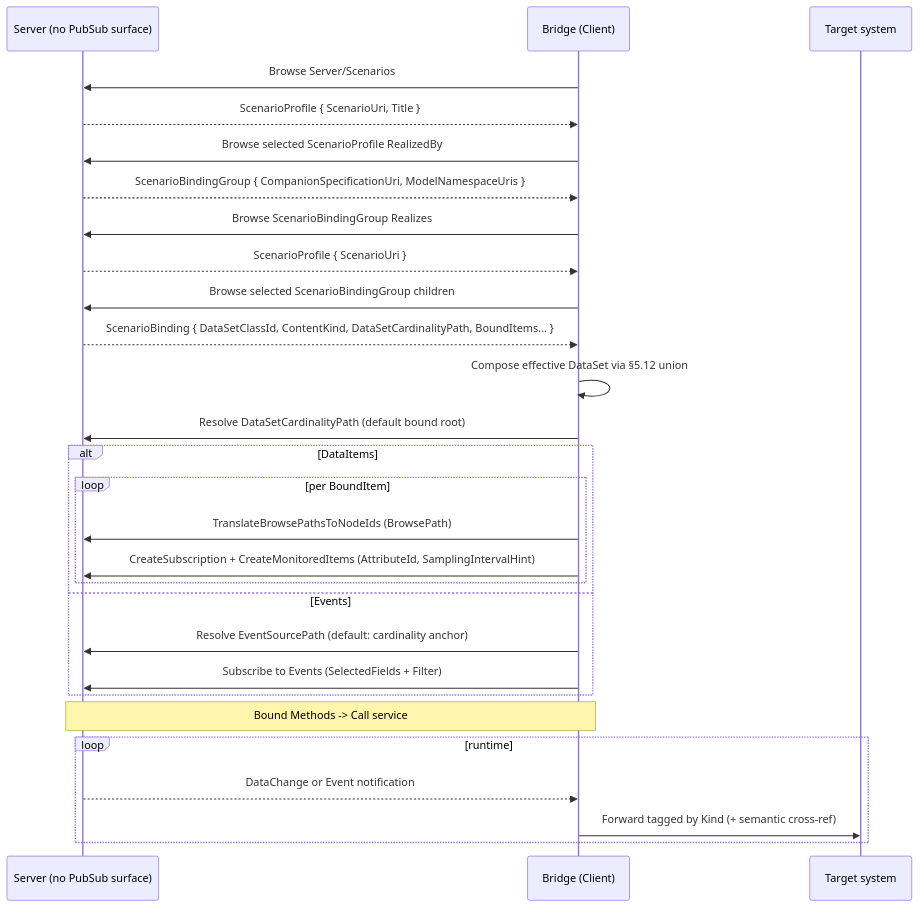
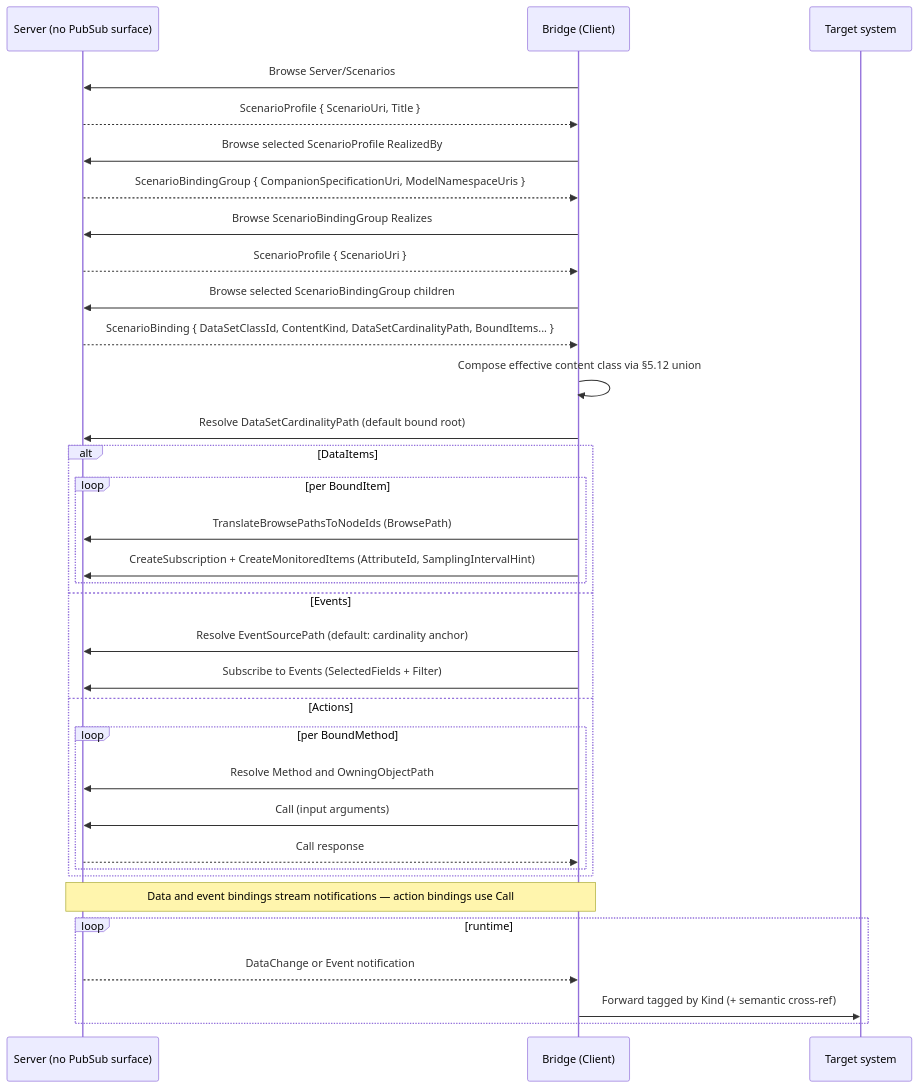
Before and after one commit to marcschier/opcua-drafts: the fifth of 7 diagrams in core-specs/scenario-binding/OPC-UA-Scenario-Bindings.md, drawn with Mermaid. The commit also changed other lines of this file and 25 other files, not shown here.

````diff
--- a/core-specs/scenario-binding/OPC-UA-Scenario-Bindings.md
+++ b/core-specs/scenario-binding/OPC-UA-Scenario-Bindings.md
@@ -543,30 +548,36 @@
 ```mermaid
 sequenceDiagram
   participant S as Server (no PubSub surface)
   participant B as Bridge (Client)
   participant X as Target system
   B->>S: Browse Server/Scenarios
   S-->>B: ScenarioProfile { ScenarioUri, Title }
   B->>S: Browse selected ScenarioProfile RealizedBy
   S-->>B: ScenarioBindingGroup { CompanionSpecificationUri, ModelNamespaceUris }
   B->>S: Browse ScenarioBindingGroup Realizes
   S-->>B: ScenarioProfile { ScenarioUri }
   B->>S: Browse selected ScenarioBindingGroup children
   S-->>B: ScenarioBinding { DataSetClassId, ContentKind, DataSetCardinalityPath, BoundItems... }
-  B->>B: Compose effective DataSet via §5.12 union
+  B->>B: Compose effective content class via §5.12 union
   B->>S: Resolve DataSetCardinalityPath (default bound root)
   alt DataItems
     loop per BoundItem
       B->>S: TranslateBrowsePathsToNodeIds (BrowsePath)
       B->>S: CreateSubscription + CreateMonitoredItems (AttributeId, SamplingIntervalHint)
     end
   else Events
     B->>S: Resolve EventSourcePath (default: cardinality anchor)
     B->>S: Subscribe to Events (SelectedFields + Filter)
+  else Actions
+    loop per BoundMethod
+      B->>S: Resolve Method and OwningObjectPath
+      B->>S: Call (input arguments)
+      S-->>B: Call response
+    end
   end
-  Note over S,B: Bound Methods -> Call service
+  Note over S,B: Data and event bindings stream notifications — action bindings use Call
   loop runtime
     S-->>B: DataChange or Event notification
     B->>X: Forward tagged by Kind (+ semantic cross-ref)
   end
 ```
````
